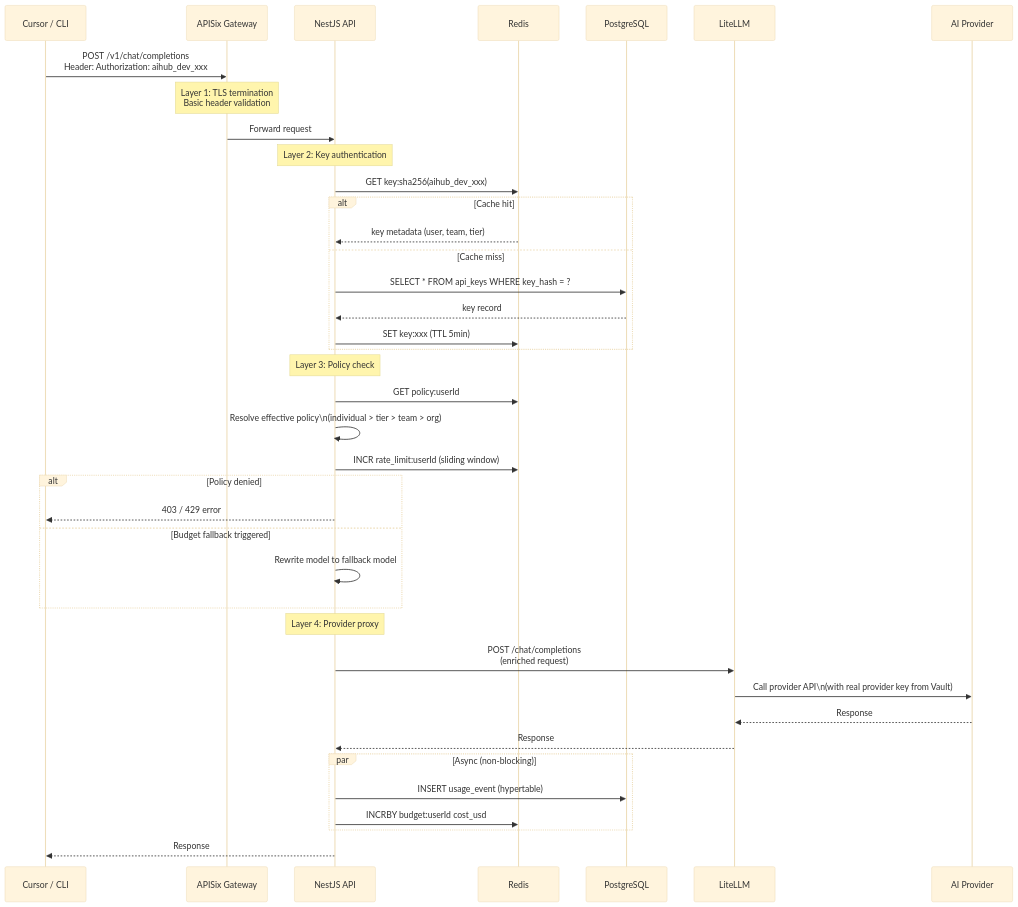
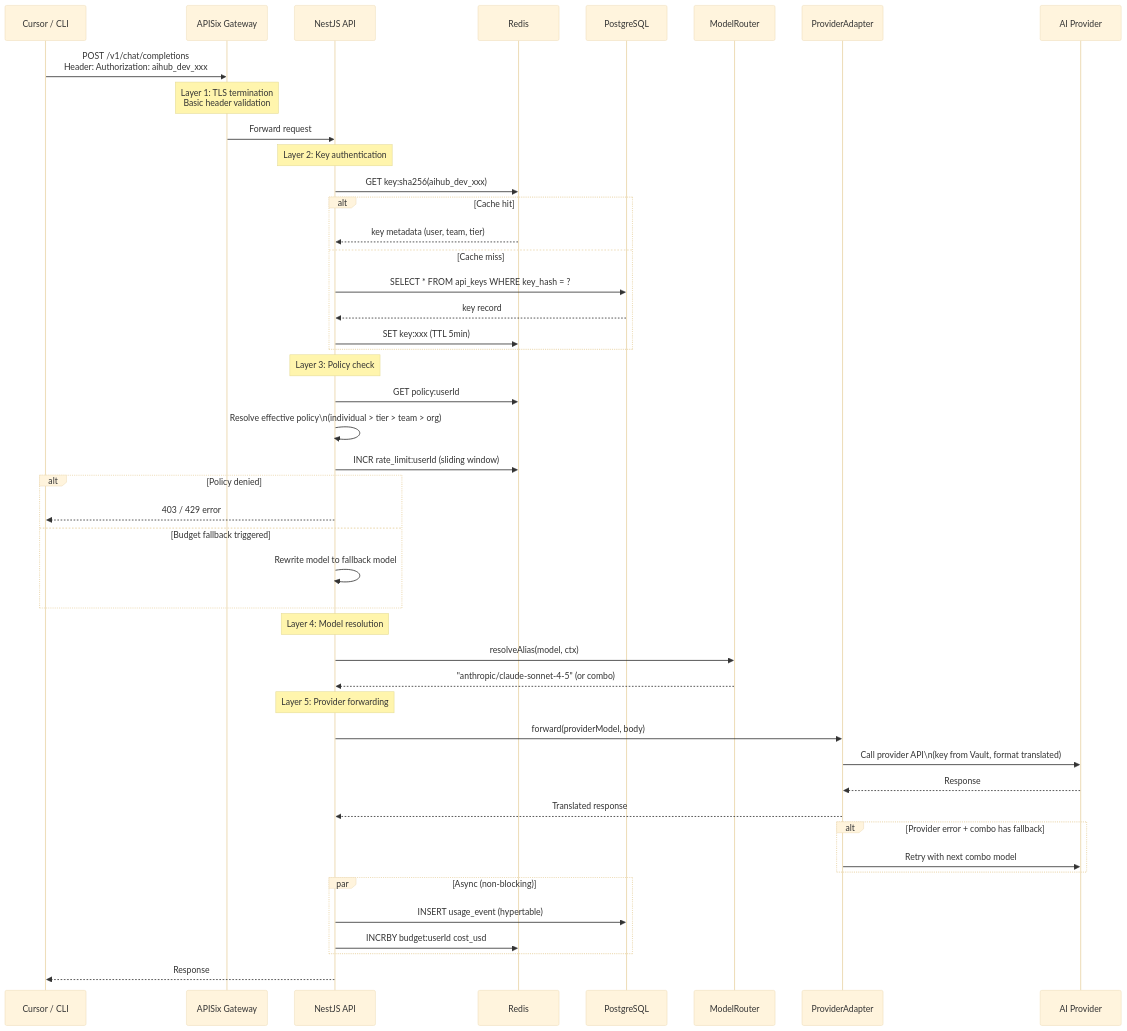
Before and after one commit to haodv98/AI-Hub: the second of 15 diagrams in docs/system-architecture.md, drawn with Mermaid (base theme). The commit also changed other lines of this file and 25 other files, not shown here.

Commit message:
feat: improve provider adapter

````diff
--- a/docs/system-architecture.md
+++ b/docs/system-architecture.md
@@ -96,50 +110,59 @@
 ```mermaid
 sequenceDiagram
     participant C as Cursor / CLI
     participant GW as APISix Gateway
     participant NS as NestJS API
     participant RD as Redis
     participant PG as PostgreSQL
-    participant LL as LiteLLM
+    participant MR as ModelRouter
+    participant PA as ProviderAdapter
     participant PR as AI Provider
 
     C->>GW: POST /v1/chat/completions<br/>Header: Authorization: aihub_dev_xxx
 
     Note over GW: Layer 1: TLS termination<br/>Basic header validation
 
     GW->>NS: Forward request
 
     Note over NS: Layer 2: Key authentication
     NS->>RD: GET key:sha256(aihub_dev_xxx)
     alt Cache hit
         RD-->>NS: key metadata (user, team, tier)
     else Cache miss
         NS->>PG: SELECT * FROM api_keys WHERE key_hash = ?
         PG-->>NS: key record
         NS->>RD: SET key:xxx (TTL 5min)
     end
 
     Note over NS: Layer 3: Policy check
     NS->>RD: GET policy:userId
     NS->>NS: Resolve effective policy\n(individual > tier > team > org)
     NS->>RD: INCR rate_limit:userId (sliding window)
 
     alt Policy denied
         NS-->>C: 403 / 429 error
     else Budget fallback triggered
         NS->>NS: Rewrite model to fallback model
     end
 
-    Note over NS: Layer 4: Provider proxy
-    NS->>LL: POST /chat/completions<br/>(enriched request)
-    LL->>PR: Call provider API\n(with real provider key from Vault)
-    PR-->>LL: Response
-    LL-->>NS: Response
+    Note over NS: Layer 4: Model resolution
+    NS->>MR: resolveAlias(model, ctx)
+    MR-->>NS: "anthropic/claude-sonnet-4-5" (or combo)
+
+    Note over NS: Layer 5: Provider forwarding
+    NS->>PA: forward(providerModel, body)
+    PA->>PR: Call provider API\n(key from Vault, format translated)
+    PR-->>PA: Response
+    PA-->>NS: Translated response
+
+    alt Provider error + combo has fallback
+        PA->>PR: Retry with next combo model
+    end
 
     par Async (non-blocking)
         NS->>PG: INSERT usage_event (hypertable)
         NS->>RD: INCRBY budget:userId cost_usd
     end
 
     NS-->>C: Response
 ```
````
